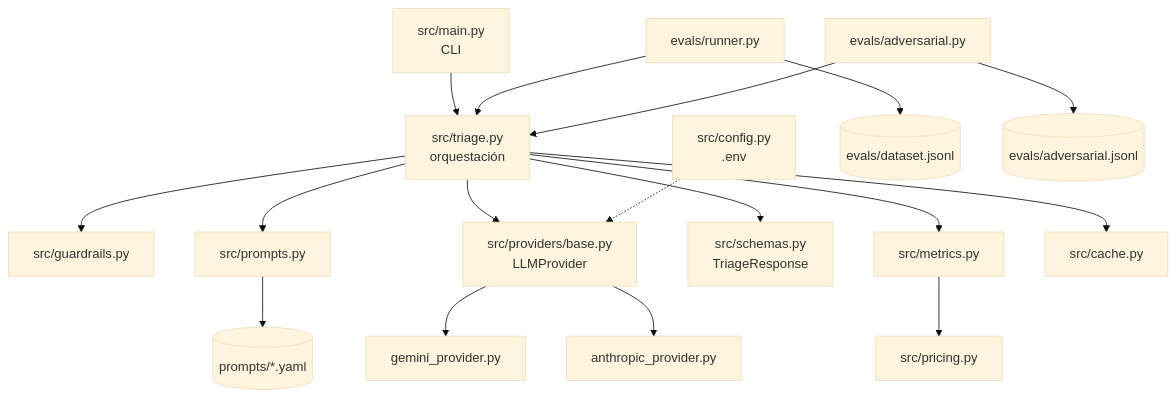
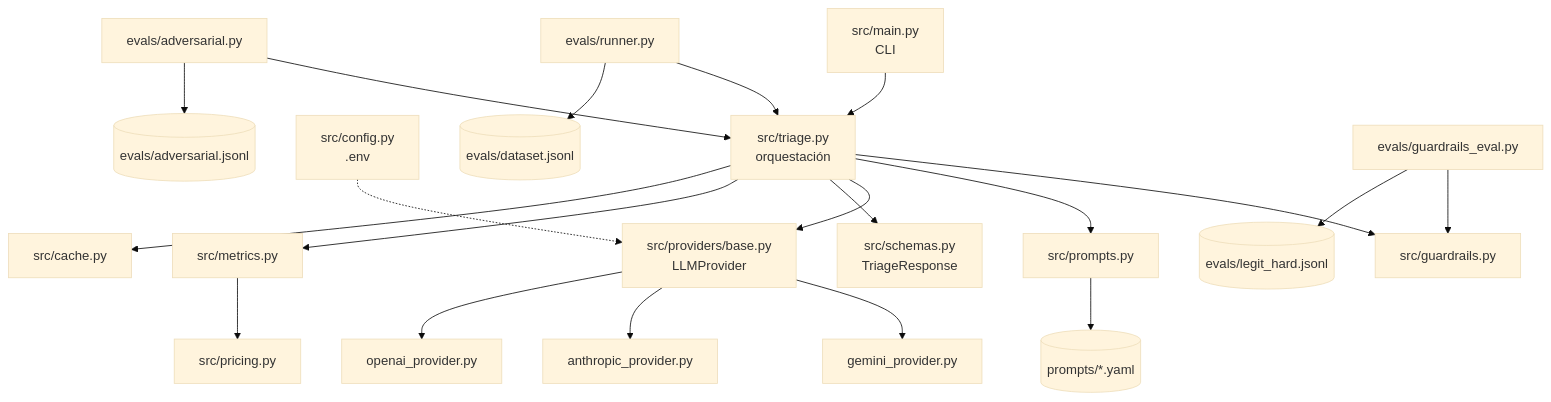
One commit to bryan-delacruz/nubbix-triage changed the diagram in docs/architecture.md. Above: the diagram before and after it, drawn with Mermaid (base theme). The commit also changed other lines of this file and 7 other files, not shown here.

````diff
--- a/docs/architecture.md
+++ b/docs/architecture.md
@@ -31,17 +31,20 @@
 ```mermaid
 flowchart TB
     main[src/main.py<br/>CLI] --> triage[src/triage.py<br/>orquestación]
     triage --> guard[src/guardrails.py]
     triage --> prompts[src/prompts.py] --> yaml[(prompts/*.yaml)]
     triage --> base[src/providers/base.py<br/>LLMProvider]
     base --> ge[gemini_provider.py]
     base --> an[anthropic_provider.py]
+    base --> oa[openai_provider.py]
     triage --> schemas[src/schemas.py<br/>TriageResponse]
     triage --> metrics[src/metrics.py] --> pricing[src/pricing.py]
     triage --> cache[src/cache.py]
     config[src/config.py<br/>.env] -.-> base
     runner[evals/runner.py] --> triage
     runner --> ds[(evals/dataset.jsonl)]
     adv[evals/adversarial.py] --> triage
     adv --> ads[(evals/adversarial.jsonl)]
+    geval[evals/guardrails_eval.py] --> guard
+    geval --> hard[(evals/legit_hard.jsonl)]
 ```
````
